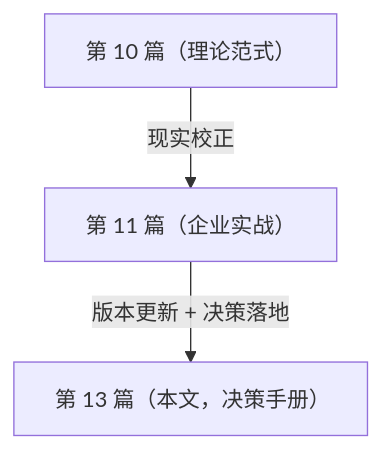
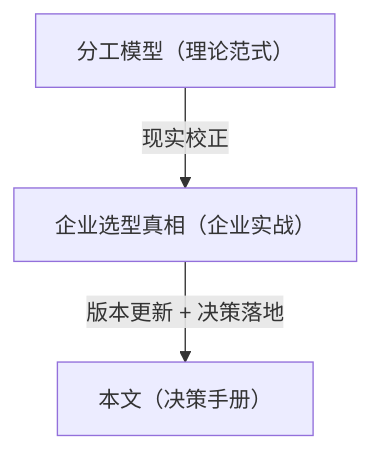
Before and after one commit to UranusGit/java-agent-learn: the seventh of 7 diagrams in docs/reference/选型与对比/10-SpringAI-vs-LangChain4j何时用何框架.md, drawn with Mermaid. The commit also changed other lines of this file and 184 other files, not shown here.

````diff
--- a/docs/reference/选型与对比/10-SpringAI-vs-LangChain4j何时用何框架.md
+++ b/docs/reference/选型与对比/10-SpringAI-vs-LangChain4j何时用何框架.md
@@ -425,5 +425,5 @@
 ```mermaid
 flowchart TD
-    T10["第 10 篇（理论范式）"] -->|"现实校正"| T11["第 11 篇（企业实战）"]
-    T11 -->|"版本更新 + 决策落地"| T13["第 13 篇（本文，决策手册）"]
+    T10["分工模型（理论范式）"] -->|"现实校正"| T11["企业选型真相（企业实战）"]
+    T11 -->|"版本更新 + 决策落地"| T13["本文（决策手册）"]
 ```
````
